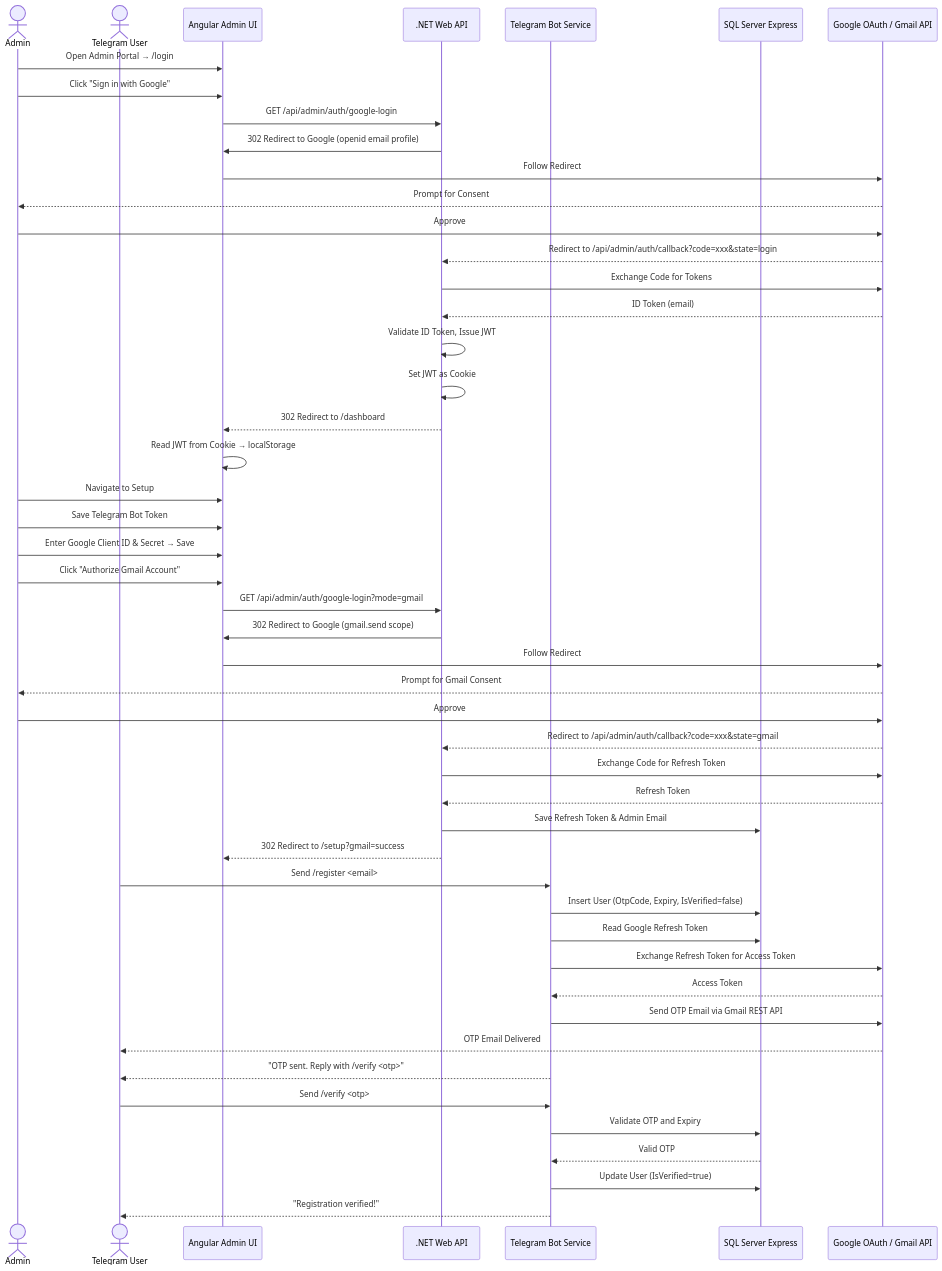
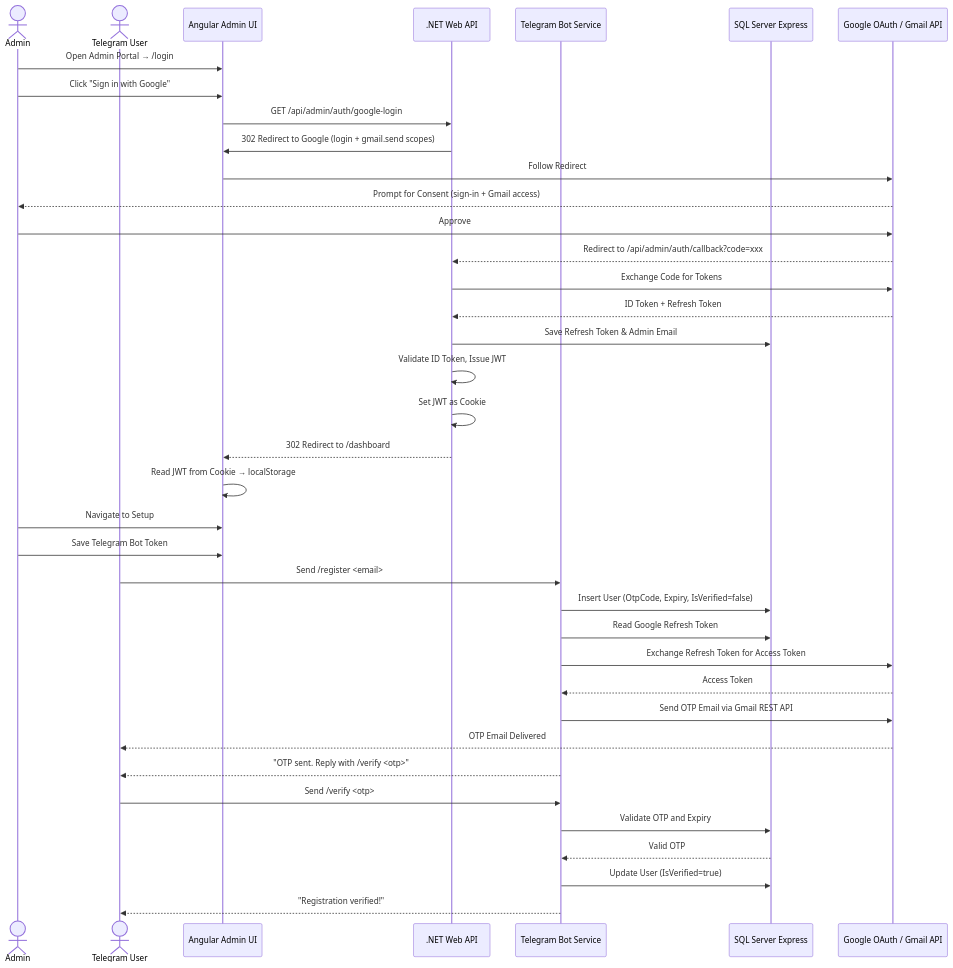
Before and after one commit to mayurjp/RemoteAssistant: the diagram in readme.md, drawn with Mermaid. The commit also changed other lines of this file and 6 other files, not shown here.

Commit message:
feat: Simplify Google login flow and update dashboard setup for Telegram integration

````diff
--- a/readme.md
+++ b/readme.md
@@ -9,55 +9,44 @@
 ```mermaid
 sequenceDiagram
     actor Admin
     actor User as Telegram User
     participant Angular as Angular Admin UI
     participant WebApi as .NET Web API
     participant Worker as Telegram Bot Service
     participant DB as SQL Server Express
     participant Google as Google OAuth / Gmail API
 
     Admin->>Angular: Open Admin Portal → /login
     Admin->>Angular: Click "Sign in with Google"
     Angular->>WebApi: GET /api/admin/auth/google-login
-    WebApi->>Angular: 302 Redirect to Google (openid email profile)
+    WebApi->>Angular: 302 Redirect to Google (login + gmail.send scopes)
     Angular->>Google: Follow Redirect
-    Google-->>Admin: Prompt for Consent
+    Google-->>Admin: Prompt for Consent (sign-in + Gmail access)
     Admin->>Google: Approve
-    Google-->>WebApi: Redirect to /api/admin/auth/callback?code=xxx&state=login
+    Google-->>WebApi: Redirect to /api/admin/auth/callback?code=xxx
     WebApi->>Google: Exchange Code for Tokens
-    Google-->>WebApi: ID Token (email)
+    Google-->>WebApi: ID Token + Refresh Token
+    WebApi->>DB: Save Refresh Token & Admin Email
     WebApi->>WebApi: Validate ID Token, Issue JWT
     WebApi->>WebApi: Set JWT as Cookie
     WebApi-->>Angular: 302 Redirect to /dashboard
     Angular->>Angular: Read JWT from Cookie → localStorage
 
     Admin->>Angular: Navigate to Setup
     Admin->>Angular: Save Telegram Bot Token
-    Admin->>Angular: Enter Google Client ID & Secret → Save
-    Admin->>Angular: Click "Authorize Gmail Account"
-    Angular->>WebApi: GET /api/admin/auth/google-login?mode=gmail
-    WebApi->>Angular: 302 Redirect to Google (gmail.send scope)
-    Angular->>Google: Follow Redirect
-    Google-->>Admin: Prompt for Gmail Consent
-    Admin->>Google: Approve
-    Google-->>WebApi: Redirect to /api/admin/auth/callback?code=xxx&state=gmail
-    WebApi->>Google: Exchange Code for Refresh Token
-    Google-->>WebApi: Refresh Token
-    WebApi->>DB: Save Refresh Token & Admin Email
-    WebApi-->>Angular: 302 Redirect to /setup?gmail=success
 
     User->>Worker: Send /register <email>
     Worker->>DB: Insert User (OtpCode, Expiry, IsVerified=false)
     Worker->>DB: Read Google Refresh Token
     Worker->>Google: Exchange Refresh Token for Access Token
     Google-->>Worker: Access Token
     Worker->>Google: Send OTP Email via Gmail REST API
     Google-->>User: OTP Email Delivered
     Worker-->>User: "OTP sent. Reply with /verify <otp>"
 
     User->>Worker: Send /verify <otp>
     Worker->>DB: Validate OTP and Expiry
     DB-->>Worker: Valid OTP
     Worker->>DB: Update User (IsVerified=true)
     Worker-->>User: "Registration verified!"
 ```
````
